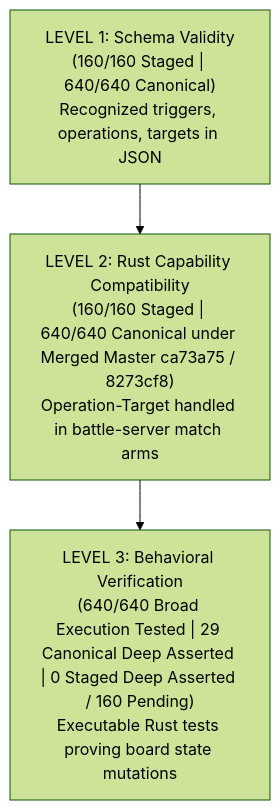
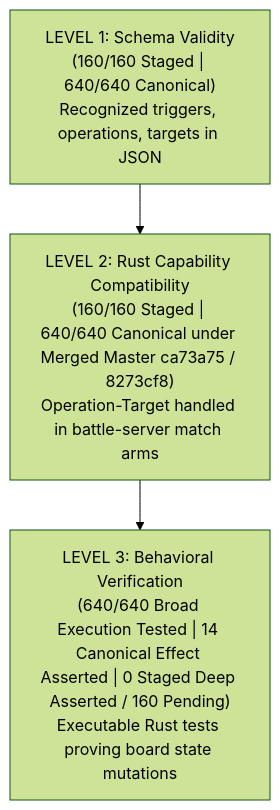
Before and after one commit to FrostyTheDevv/hearthglass: the diagram in docs/production/CARD_640_RECONCILIATION.md, drawn with Mermaid (forest theme). The commit also changed other lines of this file and 4 other files, not shown here.

Commit message:
feat(cards): refine Level 3 behavioral accounting to 14 effect-asserted cards with automated test source validation [skip ci]

````diff
--- a/docs/production/CARD_640_RECONCILIATION.md
+++ b/docs/production/CARD_640_RECONCILIATION.md
@@ -100,9 +100,9 @@
 ```mermaid
 flowchart TD
     L1["LEVEL 1: Schema Validity\n(160/160 Staged | 640/640 Canonical)\nRecognized triggers, operations, targets in JSON"]
     L2["LEVEL 2: Rust Capability Compatibility\n(160/160 Staged | 640/640 Canonical under Merged Master ca73a75 / 8273cf8)\nOperation-Target handled in battle-server match arms"]
-    L3["LEVEL 3: Behavioral Verification\n(640/640 Broad Execution Tested | 29 Canonical Deep Asserted | 0 Staged Deep Asserted / 160 Pending)\nExecutable Rust tests proving board state mutations"]
+    L3["LEVEL 3: Behavioral Verification\n(640/640 Broad Execution Tested | 14 Canonical Effect Asserted | 0 Staged Deep Asserted / 160 Pending)\nExecutable Rust tests proving board state mutations"]
 
     L1 --> L2
     L2 --> L3
 ```
````
